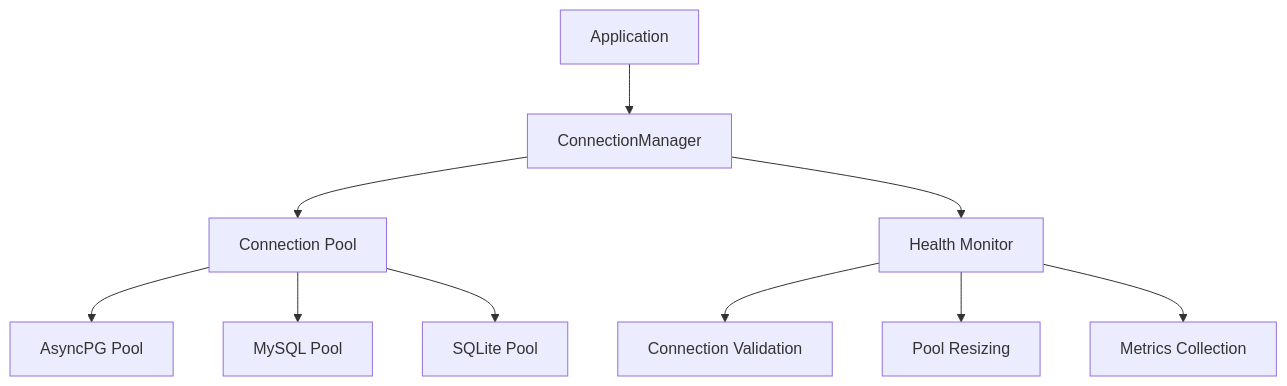
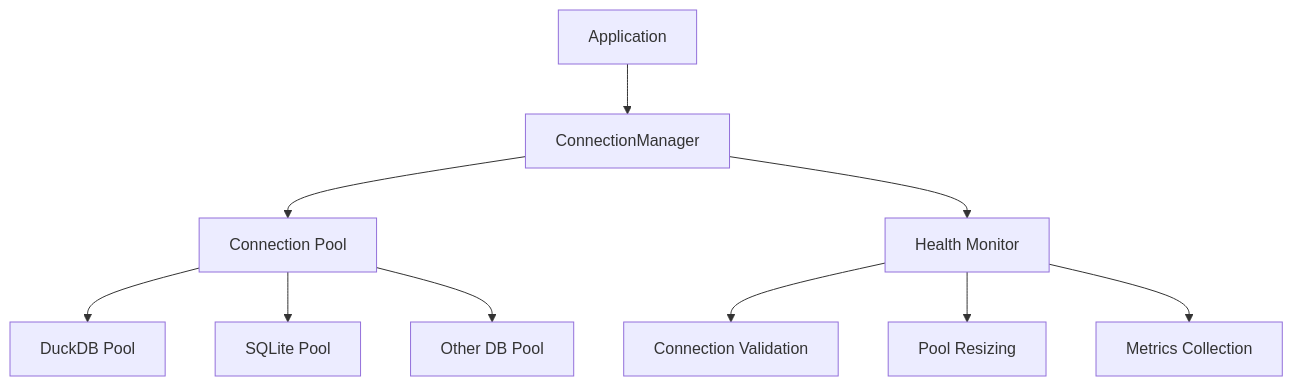
One commit to andresclaroavocado/andamios-orm changed the diagram in docs/ARCHITECTURE.md. Above: the diagram before and after it, drawn with Mermaid. The commit also changed 26 other files, not shown here.

````diff
--- a/docs/ARCHITECTURE.md
+++ b/docs/ARCHITECTURE.md
@@ -117,13 +117,13 @@
 ```mermaid
 graph TD
     A[Application] --> B[ConnectionManager]
     B --> C[Connection Pool]
-    C --> D[AsyncPG Pool]
-    C --> E[MySQL Pool]
-    C --> F[SQLite Pool]
+    C --> D[DuckDB Pool]
+    C --> E[SQLite Pool]
+    C --> F[Other DB Pool]
     
     B --> G[Health Monitor]
     G --> H[Connection Validation]
     G --> I[Pool Resizing]
     G --> J[Metrics Collection]
 ```
````
